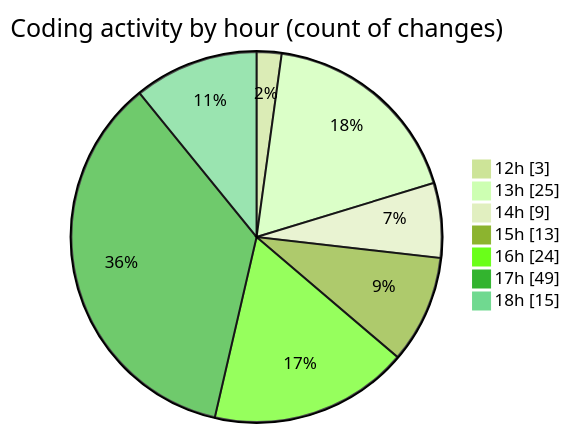
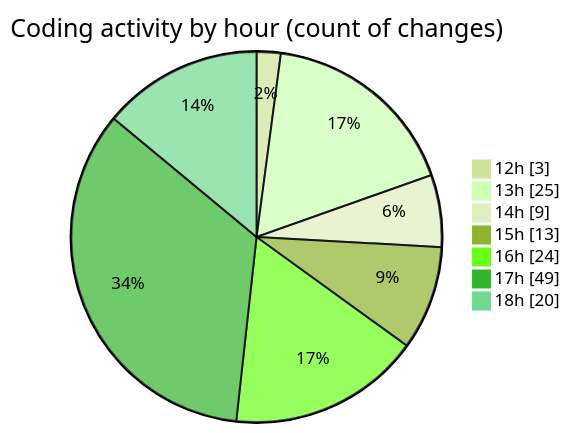
The second of 2 diagrams in 2025-09-26/nxtqube_webapp/README.md (nxtqubesakshisongat/code-tracking), drawn with Mermaid (forest theme) before and after one commit. The commit also changed other lines of this file and 1 other file, not shown here.

````diff
--- a/2025-09-26/nxtqube_webapp/README.md
+++ b/2025-09-26/nxtqube_webapp/README.md
@@ -36,11 +36,11 @@
 ```mermaid
 pie showData
 title Coding activity by hour (count of changes)
 "12h" : 3
 "13h" : 25
 "14h" : 9
 "15h" : 13
 "16h" : 24
 "17h" : 49
-"18h" : 15
+"18h" : 20
 ```
````
